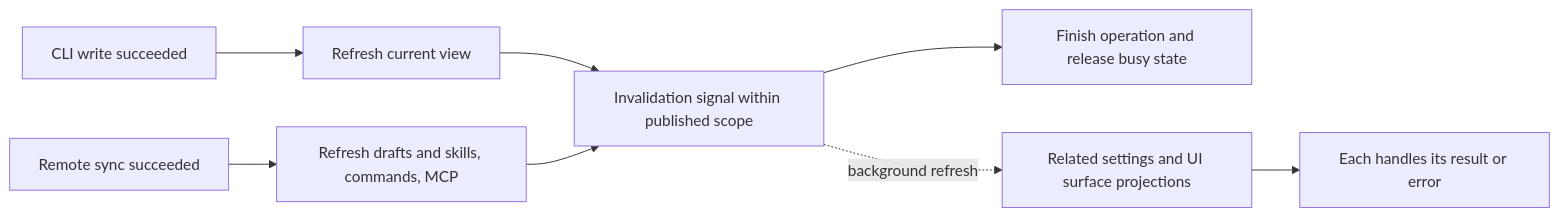
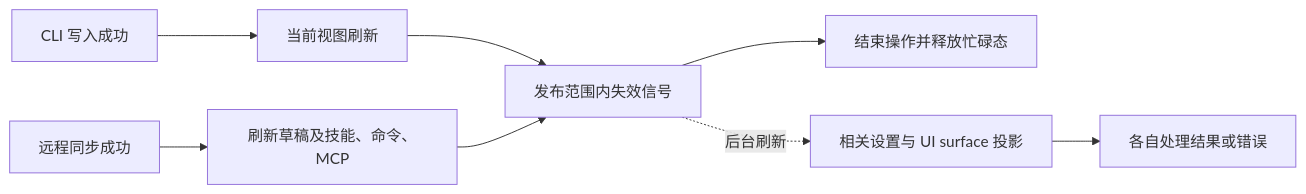
The second of 5 diagrams in docs/plugins/plugin-market-interactions-scope.md (osben/ZCode), drawn with Mermaid before and after one commit. The commit also changed other lines of this file and 5391 other files, not shown here.

````diff
--- a/docs/plugins/plugin-market-interactions-scope.md
+++ b/docs/plugins/plugin-market-interactions-scope.md
@@ -123,10 +101,10 @@
 ```mermaid
 flowchart LR
-  W[CLI write succeeded] --> R[Refresh current view]
-  R --> N[Invalidation signal within published scope]
-  N --> D[Finish operation and release busy state]
-  N -.background refresh.-> V[Related settings and UI surface projections]
-  V --> E[Each handles its result or error]
-  S[Remote sync succeeded] --> C[Refresh drafts and skills, commands, MCP]
+  W[CLI 写入成功] --> R[当前视图刷新]
+  R --> N[发布范围内失效信号]
+  N --> D[结束操作并释放忙碌态]
+  N -.后台刷新.-> V[相关设置与 UI surface 投影]
+  V --> E[各自处理结果或错误]
+  S[远程同步成功] --> C[刷新草稿及技能、命令、MCP]
   C --> N
 ```
````
